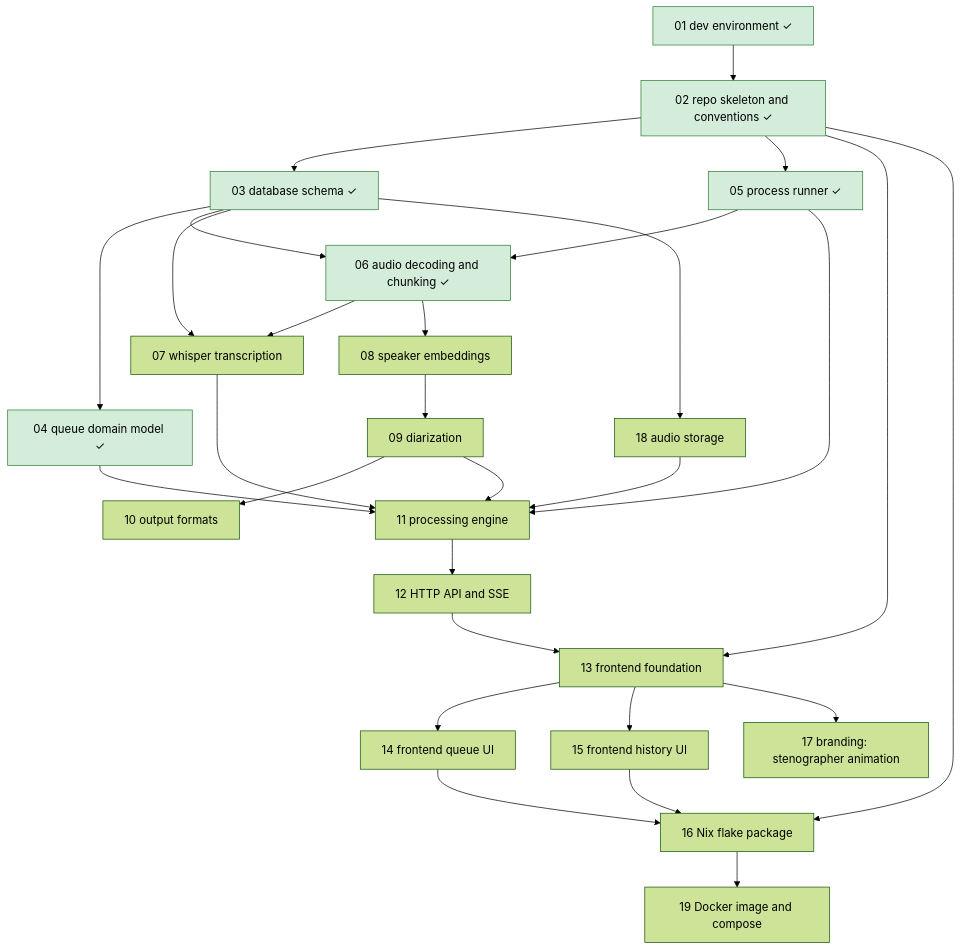
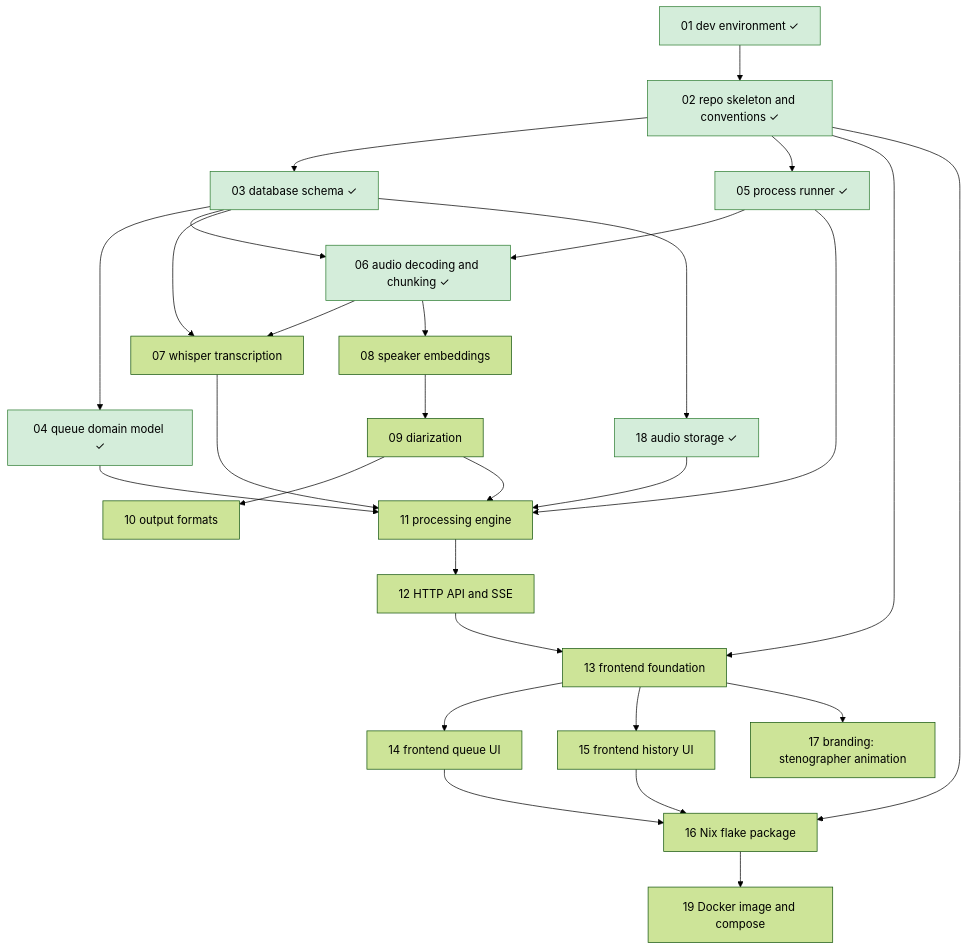
One commit to lulu-berlin/speech-to-text-app changed the diagram in roadmap/README.md. Above: the diagram before and after it, drawn with Mermaid (forest theme). The commit also changed other lines of this file and 3 other files, not shown here.

Commit message:
Complete roadmap item 18: move spec to docs/specs/audio-storage.md

````diff
--- a/roadmap/README.md
+++ b/roadmap/README.md
@@ -17,31 +17,31 @@
 ```mermaid
 graph TD
   01[01 dev environment ✓]:::done --> 02[02 repo skeleton and conventions ✓]:::done
   02 --> 03[03 database schema ✓]:::done
   03 --> 04[04 queue domain model ✓]:::done
   02 --> 05[05 process runner ✓]:::done
   05 --> 06[06 audio decoding and chunking ✓]:::done
   03 --> 06
   06 --> 07[07 whisper transcription]
   03 --> 07
   06 --> 08[08 speaker embeddings]
   08 --> 09[09 diarization]
   09 --> 10[10 output formats]
   04 --> 11[11 processing engine]
   05 --> 11
   07 --> 11
   09 --> 11
-  03 --> 18[18 audio storage]
+  03 --> 18[18 audio storage ✓]:::done
   18 --> 11
   11 --> 12[12 HTTP API and SSE]
   02 --> 13[13 frontend foundation]
   12 --> 13
   13 --> 14[14 frontend queue UI]
   13 --> 15[15 frontend history UI]
   02 --> 16[16 Nix flake package]
   14 --> 16
   15 --> 16
   13 --> 17[17 branding: stenographer animation]
   16 --> 19[19 Docker image and compose]
   classDef done fill:#d4edda,stroke:#2e7d32
 ```
````
